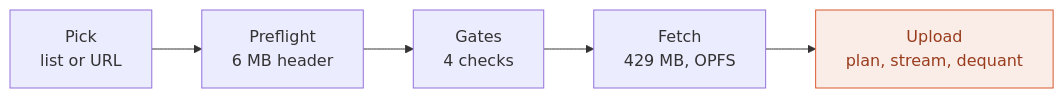
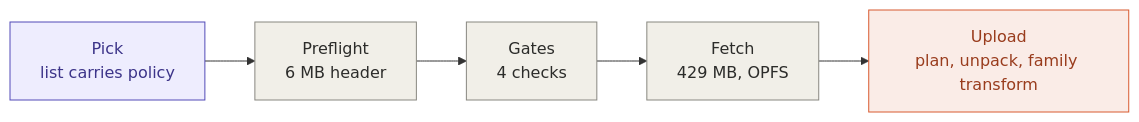
The first of 3 diagrams in docs/architecture/logical-overview.md (plainsight-systems/browser-llm), drawn with Mermaid before and after one commit. The commit also changed other lines of this file and 2 other files, not shown here.

````diff
--- a/docs/architecture/logical-overview.md
+++ b/docs/architecture/logical-overview.md
@@ -17,9 +21,12 @@
 ```mermaid
 flowchart LR
-    pick["Pick<br/>list or URL"] --> pre["Preflight<br/>6 MB header"]
-    pre --> gates["Gates<br/>4 checks"]
+    pick["Pick<br/>list carries policy"] --> pf["Preflight<br/>6 MB header"]
+    pf --> gates["Gates<br/>4 checks"]
     gates --> fetch["Fetch<br/>429 MB, OPFS"]
-    fetch --> upload["Upload<br/>plan, stream, dequant"]
+    fetch --> upload["Upload<br/>plan, unpack, family transform"]
+    classDef default fill:#F1EFE8,stroke:#888780,color:#2C2C2A
     classDef fork fill:#FAECE7,stroke:#D85A30,color:#993C1D
+    classDef policy fill:#EEEDFE,stroke:#534AB7,color:#3C3489
     class upload fork
+    class pick policy
 ```
````
